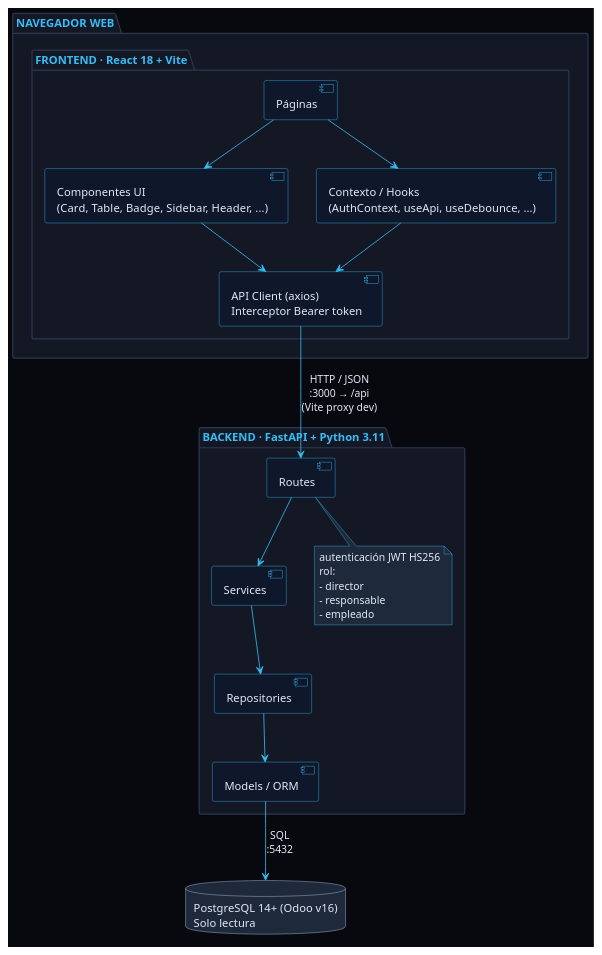
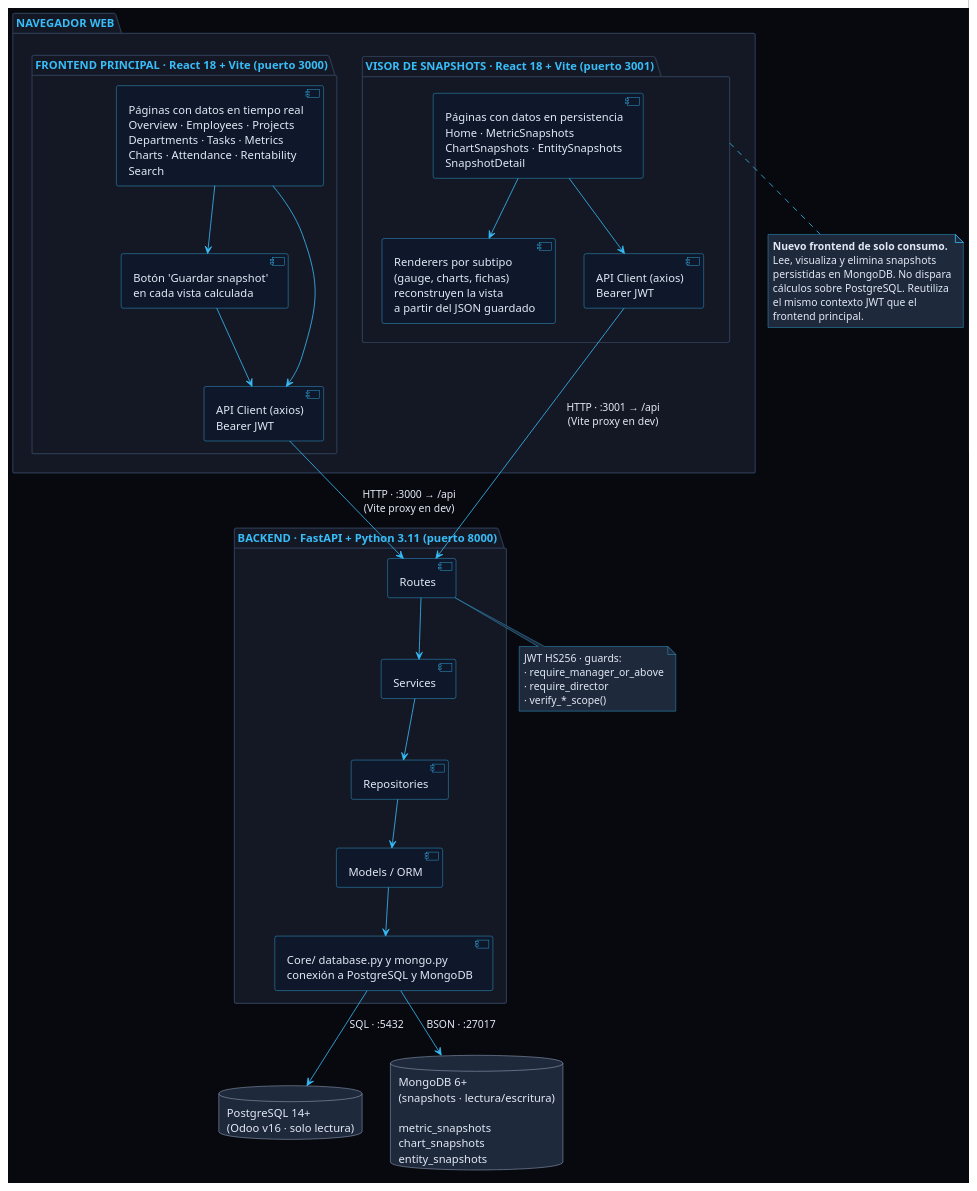
One commit to Jorgeog25/GII-TFG-2026 changed the diagram in Estudiantes/cesar-garcia-eguiguren/Capítulo-3/diagramas/paquetesSistema.puml. Above: the diagram before and after it, drawn with PlantUML. The commit also changed 22 other files, not shown here.

Commit message:
acrualización del capítulo 3 (diagramas + documentación)

```diff
--- a/Estudiantes/cesar-garcia-eguiguren/Capítulo-3/diagramas/paquetesSistema.puml
+++ b/Estudiantes/cesar-garcia-eguiguren/Capítulo-3/diagramas/paquetesSistema.puml
@@ -1,71 +1,73 @@
-@startuml
-' ===== THEME GENERAL =====
+@startuml paquetesSistema
 skinparam backgroundColor #07090F
 skinparam defaultFontColor #E2E8F5
 skinparam shadowing false
-
-' ===== PACKAGES =====
 skinparam packageBackgroundColor #141824
 skinparam packageBorderColor #2A3850
 skinparam packageFontColor #38BDF8
-
-' ===== COMPONENTES =====
 skinparam componentBackgroundColor #0F172A
 skinparam componentBorderColor #38BDF8
 skinparam componentFontColor #E2E8F5
-
-' ===== DATABASE =====
 skinparam databaseBackgroundColor #1E293B
-skinparam databaseBorderColor #c3d4f1
+skinparam databaseBorderColor #C3D4F1
 skinparam databaseFontColor #E2E8F5
-
-' ===== FLECHAS =====
 skinparam arrowColor #38BDF8
-
-' ===== NOTAS (FIX IMPORTANTE) =====
 skinparam noteBackgroundColor #1E293B
 skinparam noteBorderColor #38BDF8
 skinparam noteFontColor #E2E8F5
+
 package "NAVEGADOR WEB" {
 
-  package "FRONTEND · React 18 + Vite" {
+  package "FRONTEND PRINCIPAL · React 18 + Vite (puerto 3000)" as FE1 {
+    component "Páginas con datos en tiempo real\nOverview · Employees · Projects\nDepartments · Tasks · Metrics\nCharts · Attendance · Rentability\nSearch" as Pages1
+    component "Botón 'Guardar snapshot'\nen cada vista calculada" as Save
+    component "API Client (axios)\nBearer JWT" as API1
+    Pages1 --> Save
+    Save --> API1
+    Pages1 --> API1
+  }
 
-    component "Páginas" as Pages
-    component "Componentes UI\n(Card, Table, Badge, Sidebar, Header, ...)" as UI
-    component "Contexto / Hooks\n(AuthContext, useApi, useDebounce, ...)" as Hooks
-    component "API Client (axios)\nInterceptor Bearer token" as API
-
-    Pages --> UI
-    Pages --> Hooks
-    Hooks --> API
-    UI --> API
+  package "VISOR DE SNAPSHOTS · React 18 + Vite (puerto 3001)" as FE2 {
+    component "Páginas con datos en persistencia\nHome · MetricSnapshots\nChartSnapshots · EntitySnapshots\nSnapshotDetail" as Pages2
+    component "Renderers por subtipo\n(gauge, charts, fichas)\nreconstruyen la vista\na partir del JSON guardado" as Renderers
+    component "API Client (axios)\nBearer JWT" as API2
+    Pages2 --> Renderers
+    Pages2 --> API2
   }
 }
 
-package "BACKEND · FastAPI + Python 3.11" {
-
+package "BACKEND · FastAPI + Python 3.11 (puerto 8000)" {
   component "Routes" as Routes
   component "Services" as Services
   component "Repositories" as Repos
   component "Models / ORM" as Models
-
+  component "Core/ database.py y mongo.py \nconexión a PostgreSQL y MongoDB" as DB
   Routes --> Services
   Services --> Repos
   Repos --> Models
+  Models --> DB
+}
+  note bottom of Routes
+    JWT HS256 · guards:
+    · require_manager_or_above
+    · require_director
+    · verify_*_scope()
+  end note
+database "PostgreSQL 14+\n(Odoo v16 · solo lectura)" as PG
+database "MongoDB 6+\n(snapshots · lectura/escritura)\n\nmetric_snapshots\nchart_snapshots\nentity_snapshots" as Mongo
 
-  note bottom of Routes
-    autenticación JWT HS256
-    rol:
-    - director
-    - responsable
-    - empleado
-  end note
+API1 --> Routes : HTTP · :3000 → /api\n(Vite proxy en dev)
+API2 --> Routes : HTTP · :3001 → /api\n(Vite proxy en dev)
+DB --> PG : SQL · :5432
+DB --> Mongo : BSON · :27017
 
-}
-
-database "PostgreSQL 14+ (Odoo v16)\nSolo lectura" as DB
-
-API --> Routes : HTTP / JSON\n:3000 → /api\n(Vite proxy dev)
-Models --> DB : SQL\n:5432
+note bottom of FE2
+  **Nuevo frontend de solo consumo.**
+  Lee, visualiza y elimina snapshots
+  persistidas en MongoDB. No dispara
+  cálculos sobre PostgreSQL. Reutiliza
+  el mismo contexto JWT que el
+  frontend principal.
+end note
 
 @enduml
```
